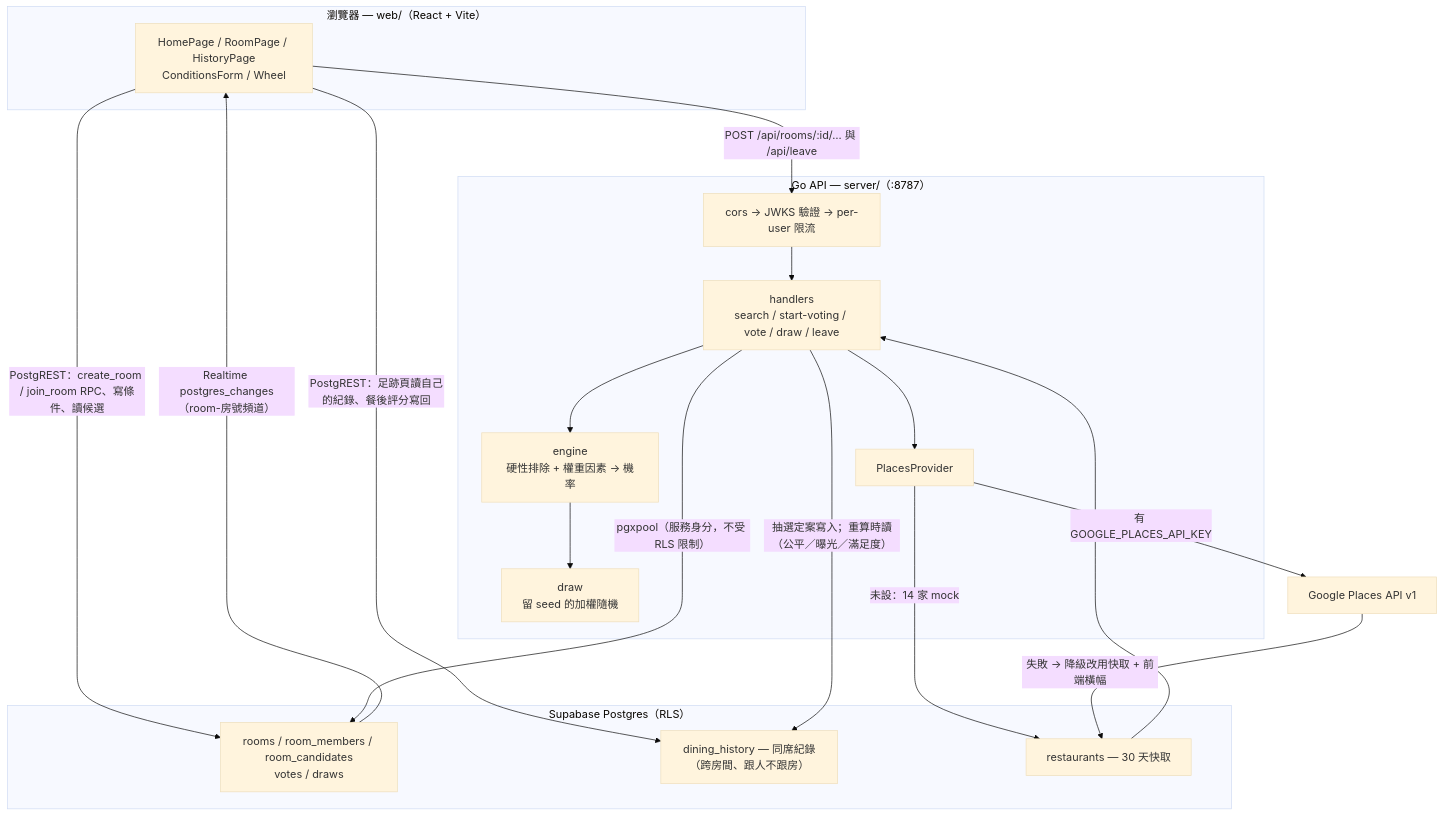
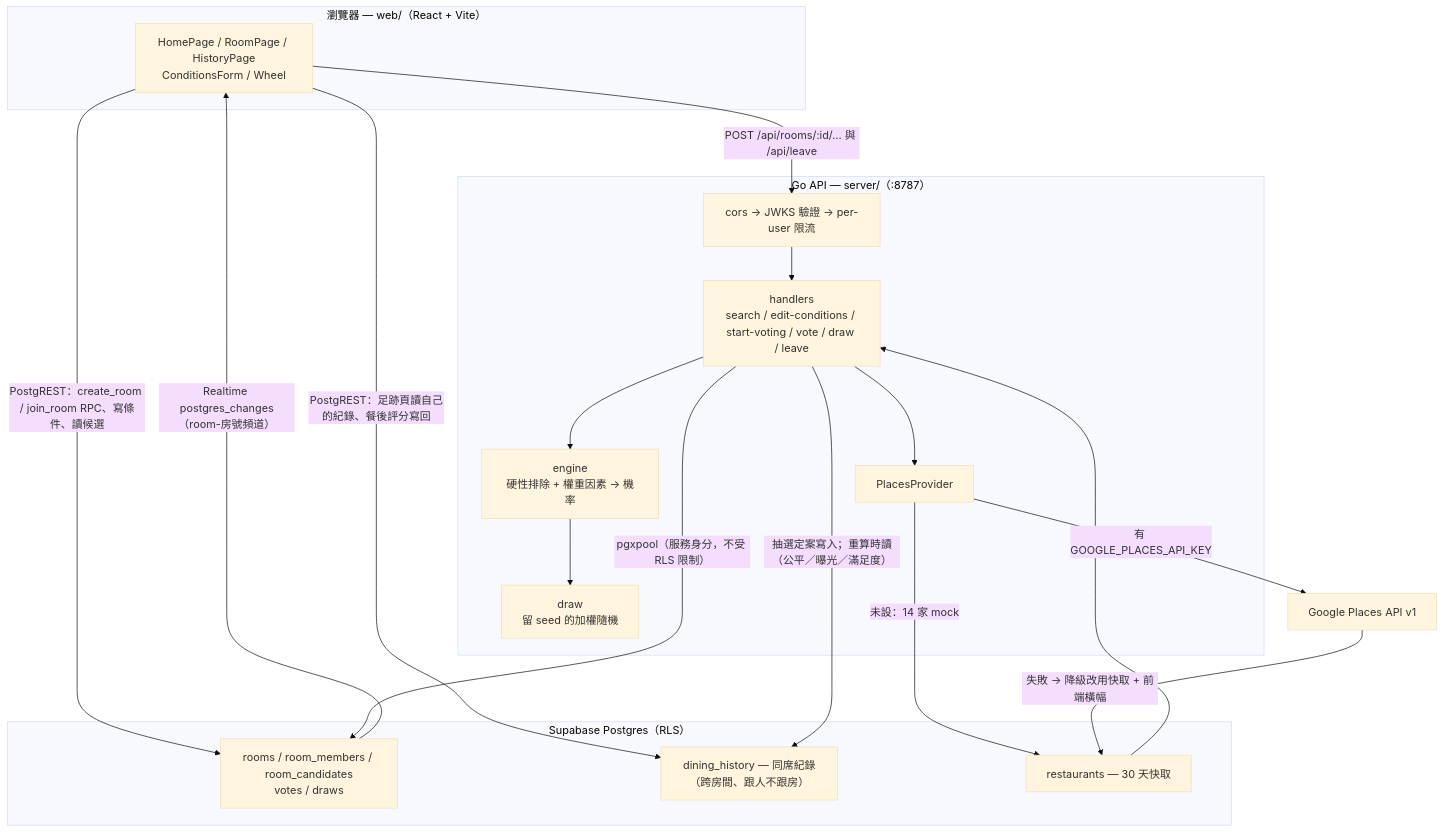
Before and after one commit to ray910408/FairBite: the diagram in README.md, drawn with Mermaid (base theme). The commit also changed other lines of this file and 10 other files, not shown here.

````diff
--- a/README.md
+++ b/README.md
@@ -23,36 +23,36 @@
 ```mermaid
 flowchart TB
   subgraph W["瀏覽器 — web/（React + Vite）"]
     UI["HomePage / RoomPage / HistoryPage<br/>ConditionsForm / Wheel"]
   end
 
   subgraph G["Go API — server/（:8787）"]
     MW["cors → JWKS 驗證 → per-user 限流"]
-    H["handlers<br/>search / start-voting / vote / draw / leave"]
+    H["handlers<br/>search / edit-conditions / start-voting / vote / draw / leave"]
     E["engine<br/>硬性排除 + 權重因素 → 機率"]
     D["draw<br/>留 seed 的加權隨機"]
     P["PlacesProvider"]
   end
 
   subgraph S["Supabase Postgres（RLS）"]
     T["rooms / room_members / room_candidates<br/>votes / draws"]
     HI["dining_history — 同席紀錄（跨房間、跟人不跟房）"]
     C["restaurants — 30 天快取"]
   end
 
   GP["Google Places API v1"]
 
   UI -->|"PostgREST：create_room / join_room RPC、寫條件、讀候選"| T
   T -->|"Realtime postgres_changes（room-房號頻道）"| UI
   UI -->|"POST /api/rooms/:id/… 與 /api/leave"| MW
   MW --> H
   H --> E --> D
   H --> P
   P -->|"有 GOOGLE_PLACES_API_KEY"| GP
   P -->|"未設：14 家 mock"| C
   GP -->|"失敗 → 降級改用快取 + 前端橫幅"| C
   C --> H
   H -->|"pgxpool（服務身分，不受 RLS 限制）"| T
   UI -->|"PostgREST：足跡頁讀自己的紀錄、餐後評分寫回"| HI
   H -->|"抽選定案寫入；重算時讀（公平／曝光／滿足度）"| HI
 ```
````
